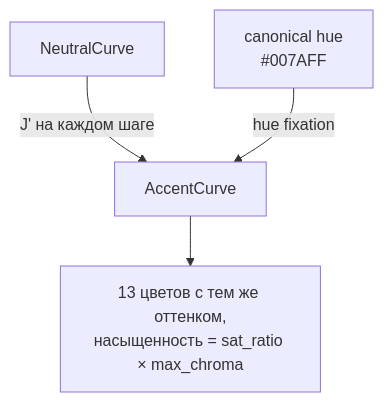
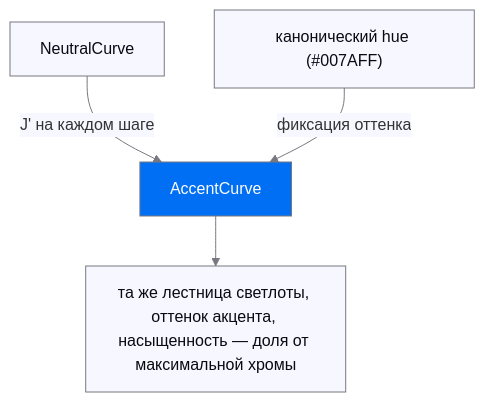
Before and after one commit to Labpics-Team/lab-colors: the fourth of 4 diagrams in README.md, drawn with Mermaid. The commit also changed other lines of this file, not shown here.

First line of the commit message:
docs(readme): переписать корневой README — понятность, честность, mermaid-канон (#215)

````diff
--- a/README.md
+++ b/README.md
@@ -242,6 +272,17 @@
 ```mermaid
+%%{init: {'theme':'base','themeVariables':{
+  'lineColor':'#787880','textColor':'#0A0A10',
+  'edgeLabelBackground':'#F7F7FF',
+  'clusterBkg':'transparent','clusterBorder':'#787880'
+}}}%%
 graph TD
-    NC["NeutralCurve"] --> |"J' на каждом шаге"| AC["AccentCurve"]
-    CH["canonical hue\n#007AFF"] --> |"hue fixation"| AC
-    AC --> OUT["13 цветов с тем же оттенком,\nнасыщенность = sat_ratio × max_chroma"]
+    NC["NeutralCurve"] -->|"J' на каждом шаге"| AC["AccentCurve"]
+    CH["канонический hue (#007AFF)"] -->|"фиксация оттенка"| AC
+    AC --> OUT["та же лестница светлоты, оттенок акцента, насыщенность — доля от максимальной хромы"]
+
+    classDef node fill:#F7F7FF,stroke:#787880,color:#0A0A10
+    classDef accent fill:#006FF3,stroke:#787880,color:#FCFDFF
+    classDef dark fill:#101012,stroke:#787880,color:#F2F2FC
+    class NC,CH,OUT node
+    class AC accent
 ```
````
